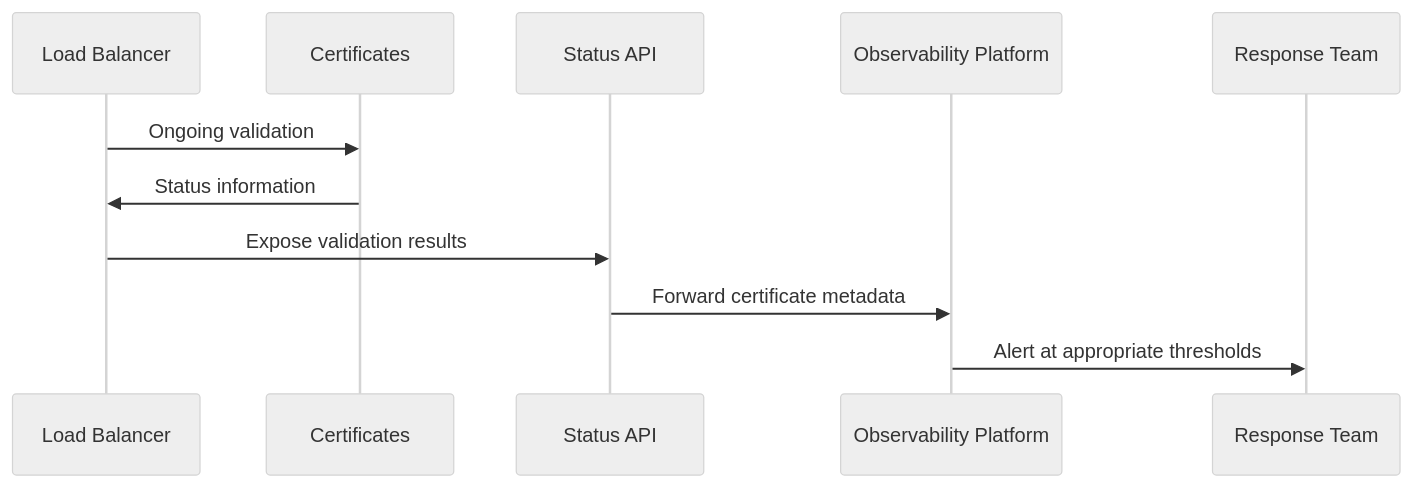
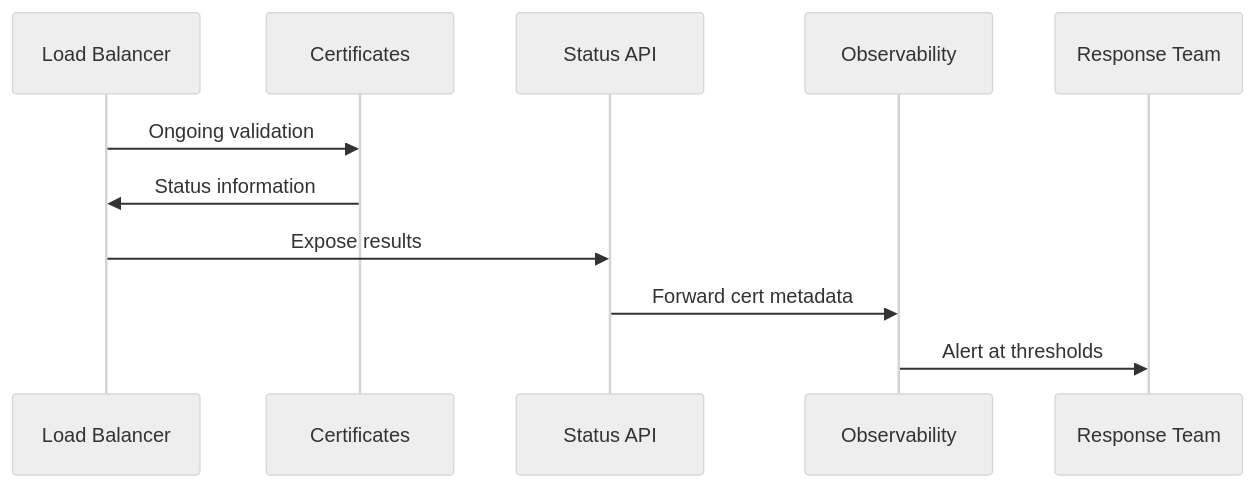
Before and after one commit to radra23/scryops-site: the third of 3 diagrams in content/guides/certificate-monitoring.md, drawn with Mermaid (neutral theme). The commit also changed 3 other files, not shown here.

First line of the commit message:
fix: feed glyphs vanish on the dark well in light theme; cert diagram overflow

```diff
--- a/content/guides/certificate-monitoring.md
+++ b/content/guides/certificate-monitoring.md
@@ -90,15 +90,15 @@
 {{< mermaid caption="Fig. — Certificate status flows from the load balancer's ongoing validation through a status API into the observability platform, which alerts the response team only at set thresholds." >}}
 sequenceDiagram
     participant LB as Load Balancer
     participant Cert as Certificates
     participant API as Status API
-    participant NR as Observability Platform
+    participant NR as Observability
     participant Team as Response Team
 
     LB->>Cert: Ongoing validation
     Cert->>LB: Status information
-    LB->>API: Expose validation results
-    API->>NR: Forward certificate metadata
-    NR->>Team: Alert at appropriate thresholds
+    LB->>API: Expose results
+    API->>NR: Forward cert metadata
+    NR->>Team: Alert at thresholds
 
 {{< /mermaid >}}
```
